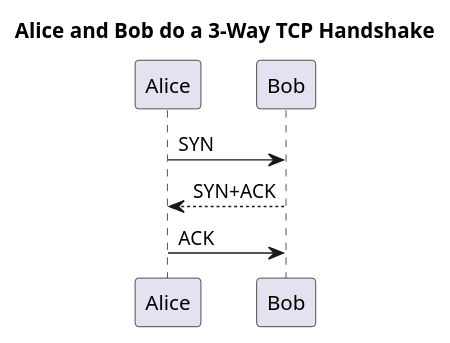
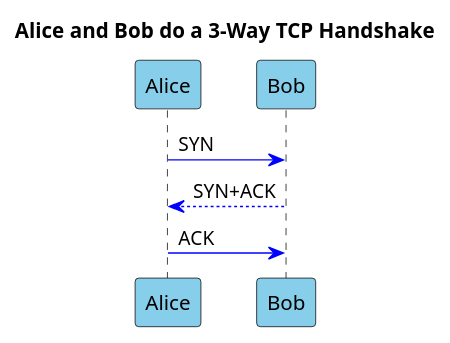
The first of 6 diagrams in docs/Diagram-Types/diagram-types.md (mattjhayes/PlantUML-Examples), drawn with PlantUML before and after one commit. The commit also changed other lines of this file and 3 other files, not shown here.

Commit message:
Improved sequence diagrams and added theme example

````diff
--- a/docs/Diagram-Types/diagram-types.md
+++ b/docs/Diagram-Types/diagram-types.md
@@ -29,8 +29,19 @@
 ```plantuml
 @startuml
 title Alice and Bob do a 3-Way TCP Handshake
+
+skinparam ParticipantBackgroundColor SkyBlue
+skinparam ParticipantBorderColor Black
+
+' Set default colours for the horizontal arrows and vertical traces: 
+skinparam sequence {
+    ArrowColor blue
+    LifeLineBorderColor black
+}
+
 Alice -> Bob: SYN
 Bob --> Alice: SYN+ACK
 Alice -> Bob: ACK
+
 @enduml
 ```
````
